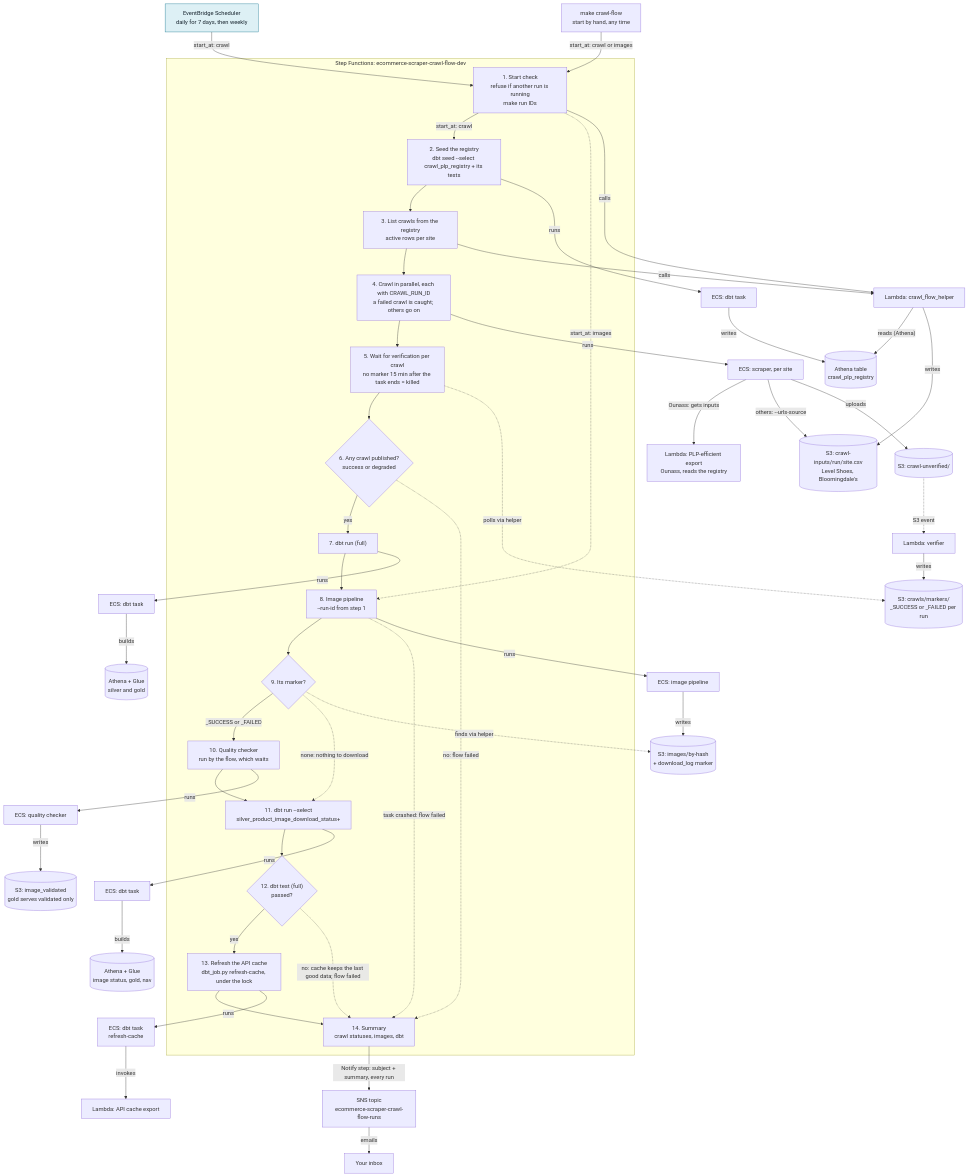
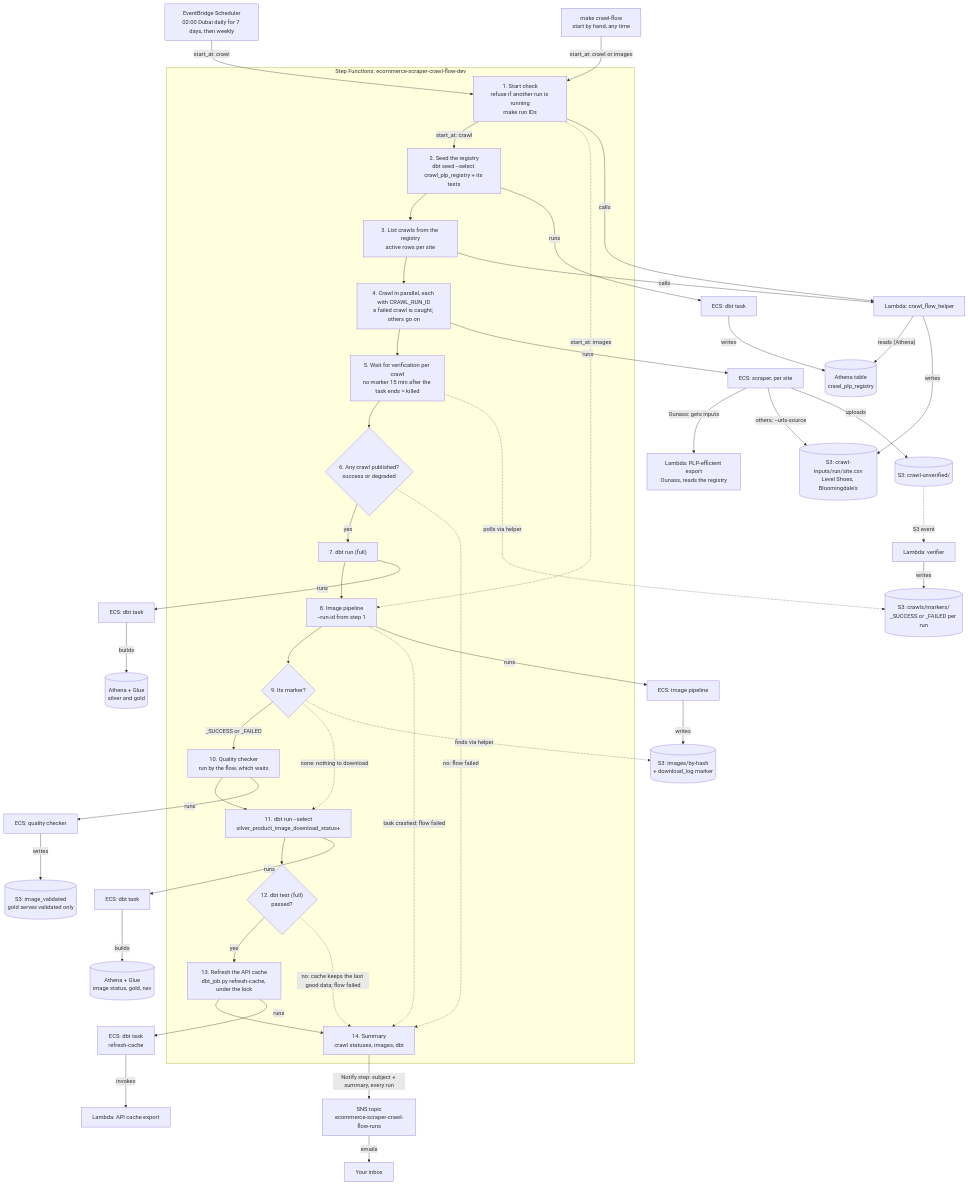
Before and after one commit to tareklel/ecommerce-scraper: the first of 3 diagrams in docs/cicd_architecture.md, drawn with Mermaid. The commit also changed other lines of this file and 10 other files, not shown here.

First line of the commit message:
feat: schedule the crawl flow daily for 7 days; mapping-gaps line in the email

````diff
--- a/docs/cicd_architecture.md
+++ b/docs/cicd_architecture.md
@@ -40,6 +40,6 @@
 ```mermaid
 flowchart TD
-  sched["EventBridge Scheduler<br/>daily for 7 days, then weekly"]:::planned
+  sched["EventBridge Scheduler<br/>02:00 Dubai daily for 7 days, then weekly"]
   manual["make crawl-flow<br/>start by hand, any time"]
   sched -->|"start_at: crawl"| s1
   manual -->|"start_at: crawl or images"| s1
````
